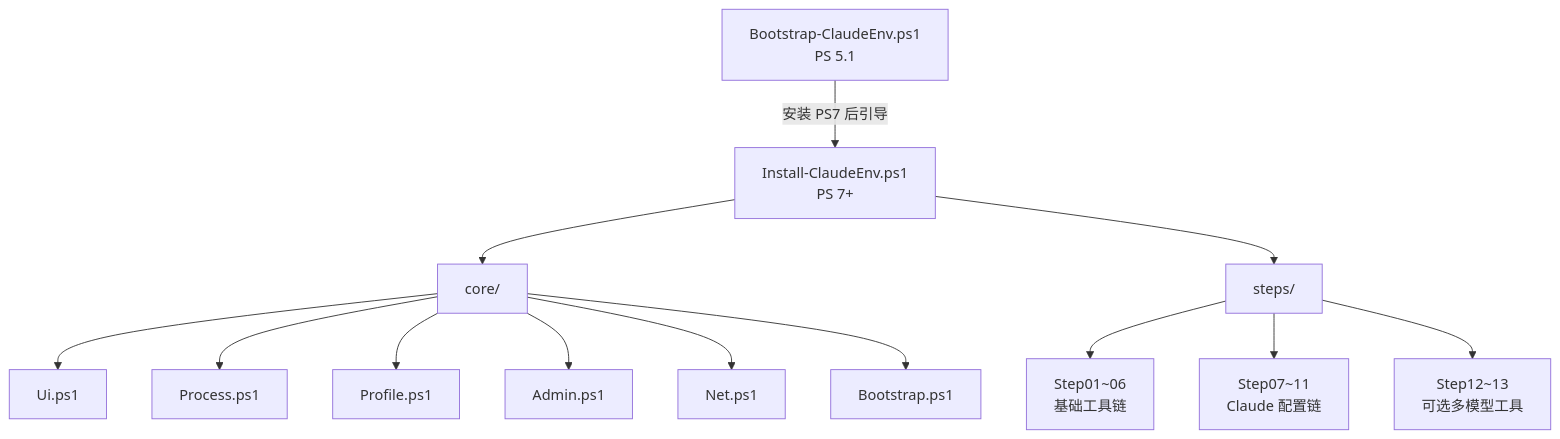
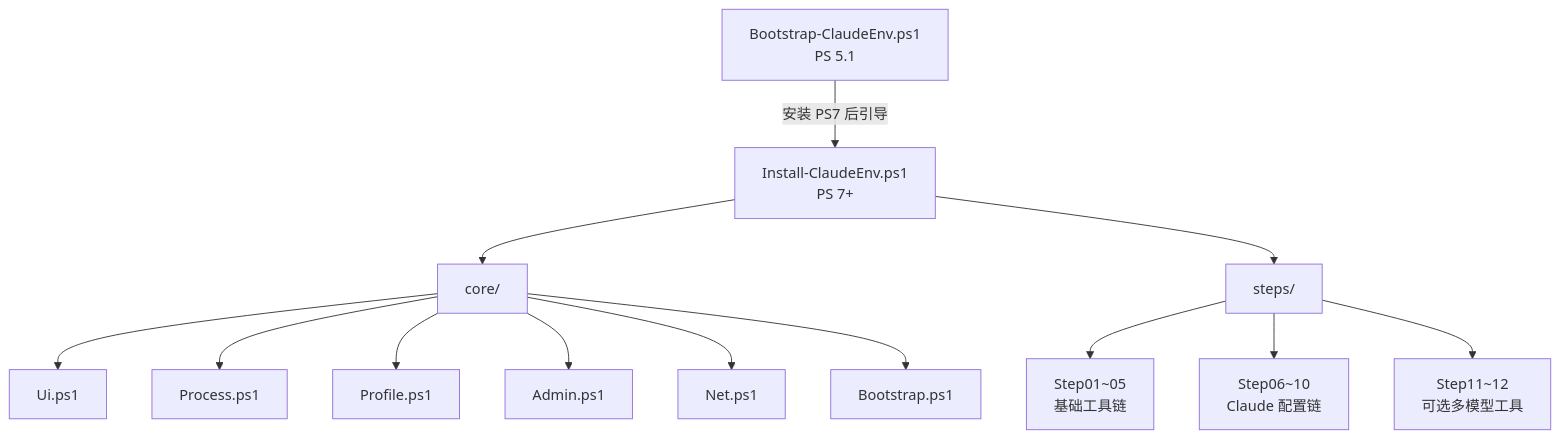
The diagram in CLAUDE.md (hkxiaoyao/claude-code-quickstart), drawn with Mermaid before and after one commit. The commit also changed other lines of this file and 22 other files, not shown here.

````diff
--- a/CLAUDE.md
+++ b/CLAUDE.md
@@ -24,11 +24,11 @@
 ```mermaid
 graph TD
     A[Bootstrap-ClaudeEnv.ps1<br/>PS 5.1] -->|安装 PS7 后引导| B[Install-ClaudeEnv.ps1<br/>PS 7+]
     B --> C[core/]
     B --> D[steps/]
     C --> C1[Ui.ps1] & C2[Process.ps1] & C3[Profile.ps1]
     C --> C4[Admin.ps1] & C5[Net.ps1] & C6[Bootstrap.ps1]
-    D --> D1[Step01~06<br/>基础工具链]
-    D --> D2[Step07~11<br/>Claude 配置链]
-    D --> D3[Step12~13<br/>可选多模型工具]
+    D --> D1[Step01~05<br/>基础工具链]
+    D --> D2[Step06~10<br/>Claude 配置链]
+    D --> D3[Step11~12<br/>可选多模型工具]
 ```
````
